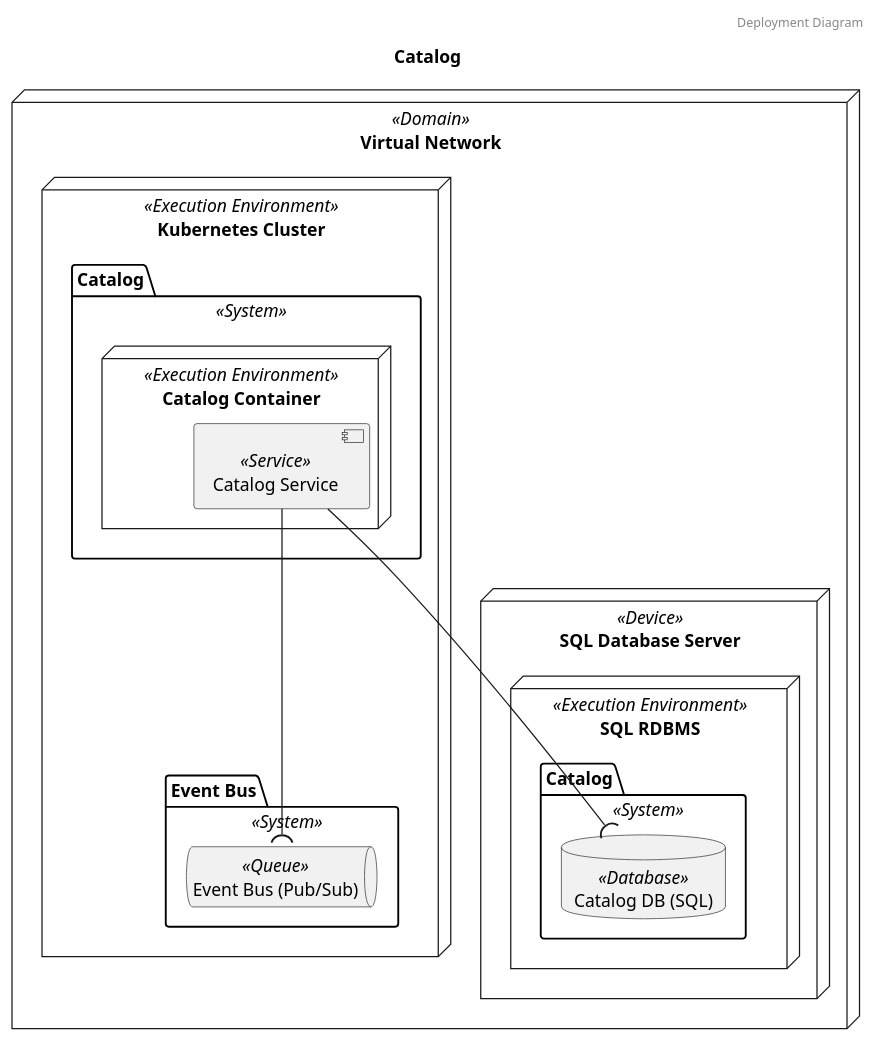
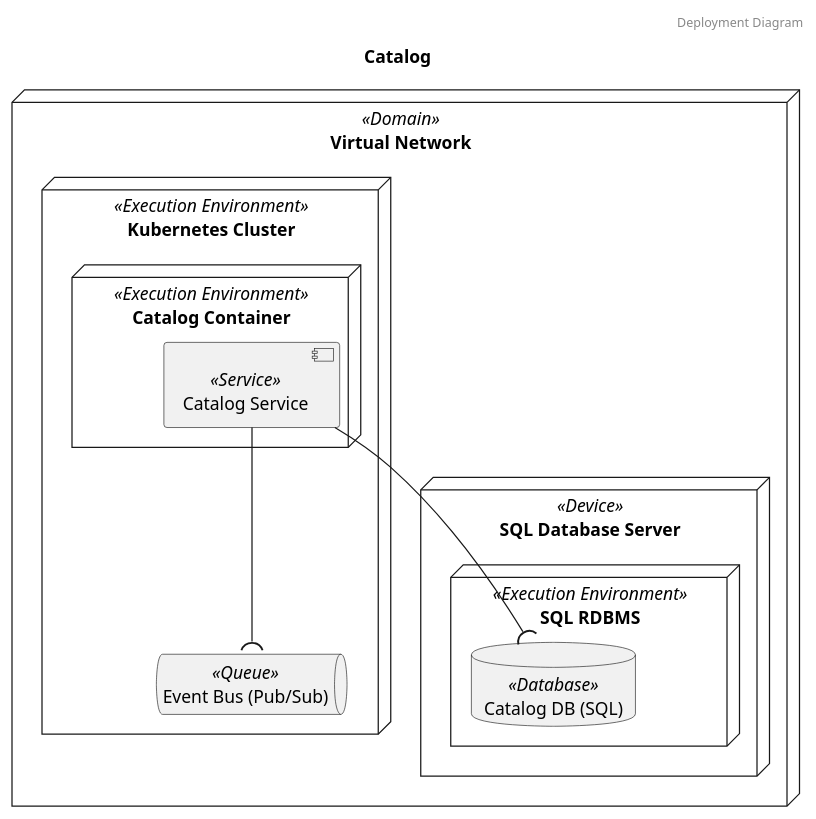
One commit to garrettsutula/example-trellis-project changed the second of 3 diagrams in diagrams/systems/Catalog.puml. Above: the diagram before and after it, drawn with PlantUML. The commit also changed other lines of this file and 23 other files, not shown here.

Commit message:
Update deps, add examples of new diagrams, update for breaking interface changes

```diff
--- a/diagrams/systems/Catalog.puml
+++ b/diagrams/systems/Catalog.puml
@@ -17,27 +17,19 @@
 @startuml Deployment Diagram Catalog
 header Deployment Diagram
 title Catalog
-	node "Virtual Network" as Virtual_Network <<Domain>> {
-		node "Kubernetes Cluster" as Kubernetes_Cluster <<Execution Environment>> {
-			package "Event Bus" as Event_Bus_Kubernetes_Cluster_package <<System>>{
-				queue "Event Bus (Pub/Sub)" as Event_Bus_Pub_Sub <<Queue>>
-			}
-			package "Catalog" as Catalog_Kubernetes_Cluster_package <<System>>{
-				node "Catalog Container" as Catalog_Container <<Execution Environment>> {
-					component "Catalog Service" as Catalog_Service <<Service>>
-				}
-
-			}
-		}
-		node "SQL Database Server" as SQL_Database_Server <<Device>> {
-			node "SQL RDBMS" as SQL_RDBMS <<Execution Environment>> {
-				package "Catalog" as Catalog_SQL_RDBMS_package <<System>>{
-					database "Catalog DB (SQL)" as Catalog_DB_SQL <<Database>>
-				}
-			}
+node "Virtual Network" as Virtual_Network <<Domain>> {
+	node "Kubernetes Cluster" as Kubernetes_Cluster <<Execution Environment>> {
+		queue "Event Bus (Pub/Sub)" as Event_Bus_Pub_Sub <<Queue>>
+		node "Catalog Container" as Catalog_Container <<Execution Environment>> {
+			component "Catalog Service" as Catalog_Service <<Service>>
 		}
 	}
-
+	node "SQL Database Server" as SQL_Database_Server <<Device>> {
+		node "SQL RDBMS" as SQL_RDBMS <<Execution Environment>> {
+			database "Catalog DB (SQL)" as Catalog_DB_SQL <<Database>>
+		}
+	}
+}
 	Catalog_Service -down-( Catalog_DB_SQL
 	Catalog_Service -down-( Event_Bus_Pub_Sub
 @enduml
```
